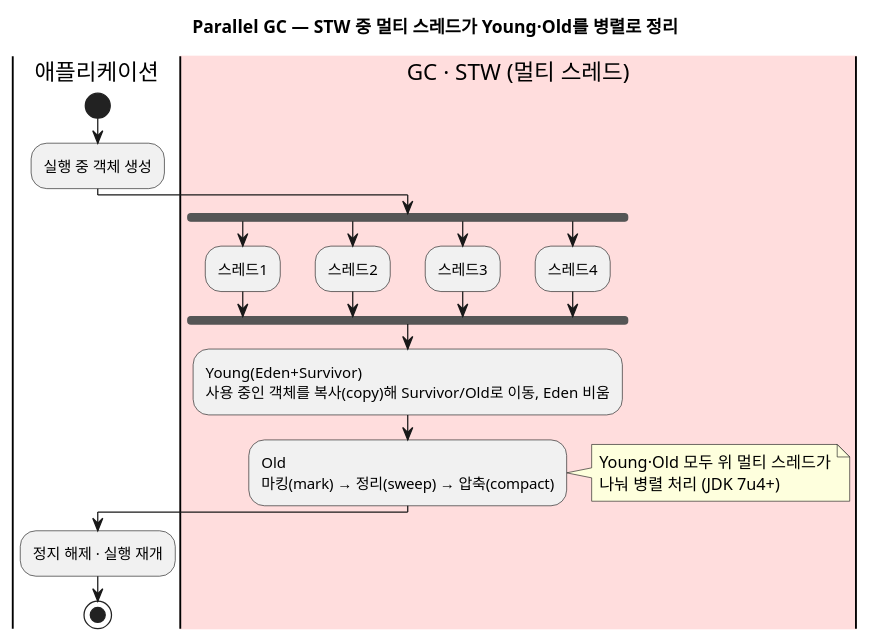
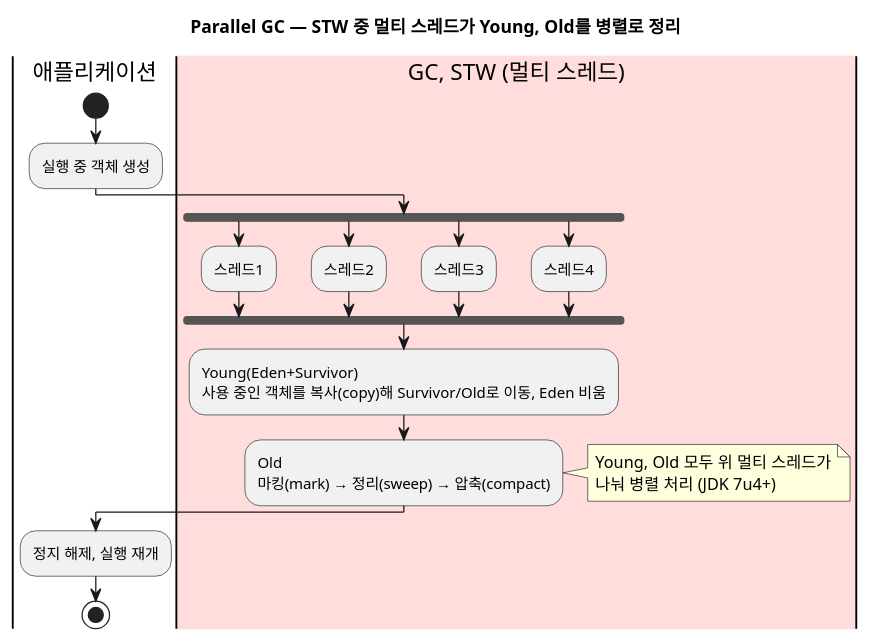
One commit to johnycho/johny-dev changed the fourth of 10 diagrams in blog/2026-08-18-java-gc-types.mdx. Above: the diagram before and after it, drawn with PlantUML. The commit also changed other lines of this file and 188 other files, not shown here.

````diff
--- a/blog/2026-08-18-java-gc-types.mdx
+++ b/blog/2026-08-18-java-gc-types.mdx
@@ -166,27 +166,27 @@
 ```plantuml
 @startuml
-title Parallel GC — STW 중 멀티 스레드가 Young·Old를 병렬로 정리
+title Parallel GC — STW 중 멀티 스레드가 Young, Old를 병렬로 정리
 |애플리케이션|
 start
 :실행 중 객체 생성;
-|#FFDDDD|GC · STW (멀티 스레드)|
+|#FFDDDD|GC, STW (멀티 스레드)|
 fork
   :스레드1;
 fork again
   :스레드2;
 fork again
   :스레드3;
 fork again
   :스레드4;
 end fork
 :Young(Eden+Survivor)\n사용 중인 객체를 복사(copy)해 Survivor/Old로 이동, Eden 비움;
 :Old\n마킹(mark) → 정리(sweep) → 압축(compact);
 note right
-  Young·Old 모두 위 멀티 스레드가
+  Young, Old 모두 위 멀티 스레드가
   나눠 병렬 처리 (JDK 7u4+)
 end note
 |애플리케이션|
-:정지 해제 · 실행 재개;
+:정지 해제, 실행 재개;
 stop
 @enduml
 ```
````
